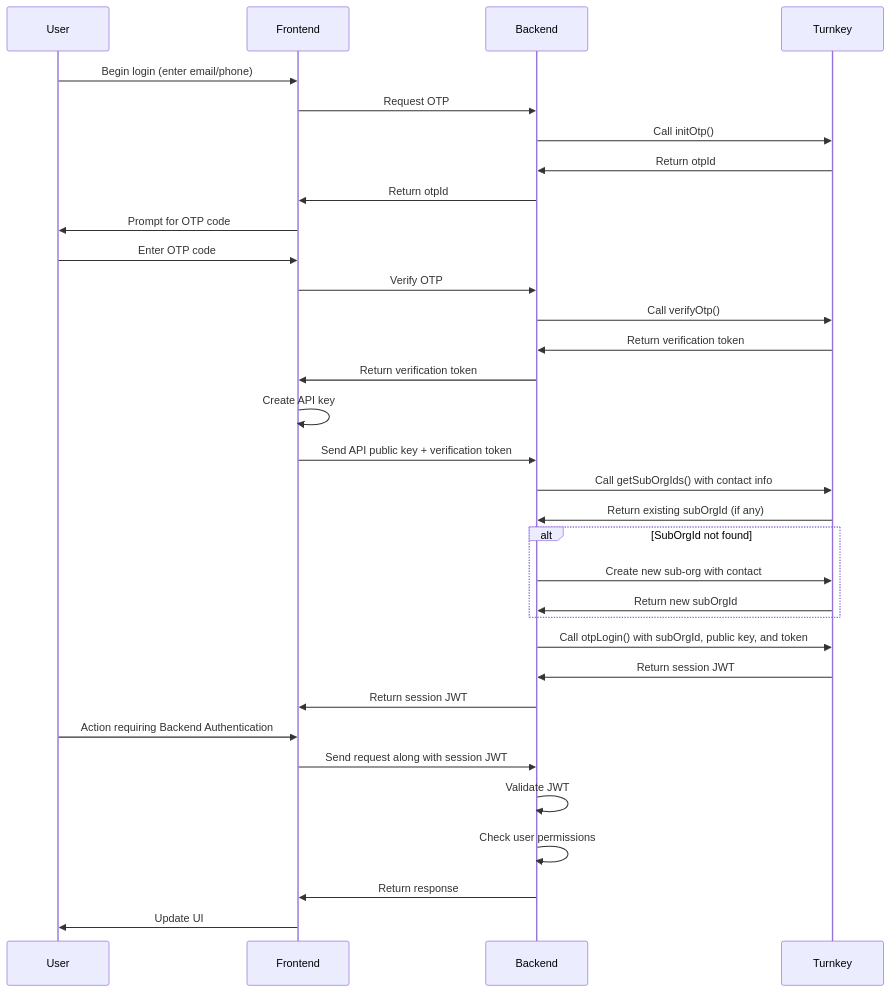
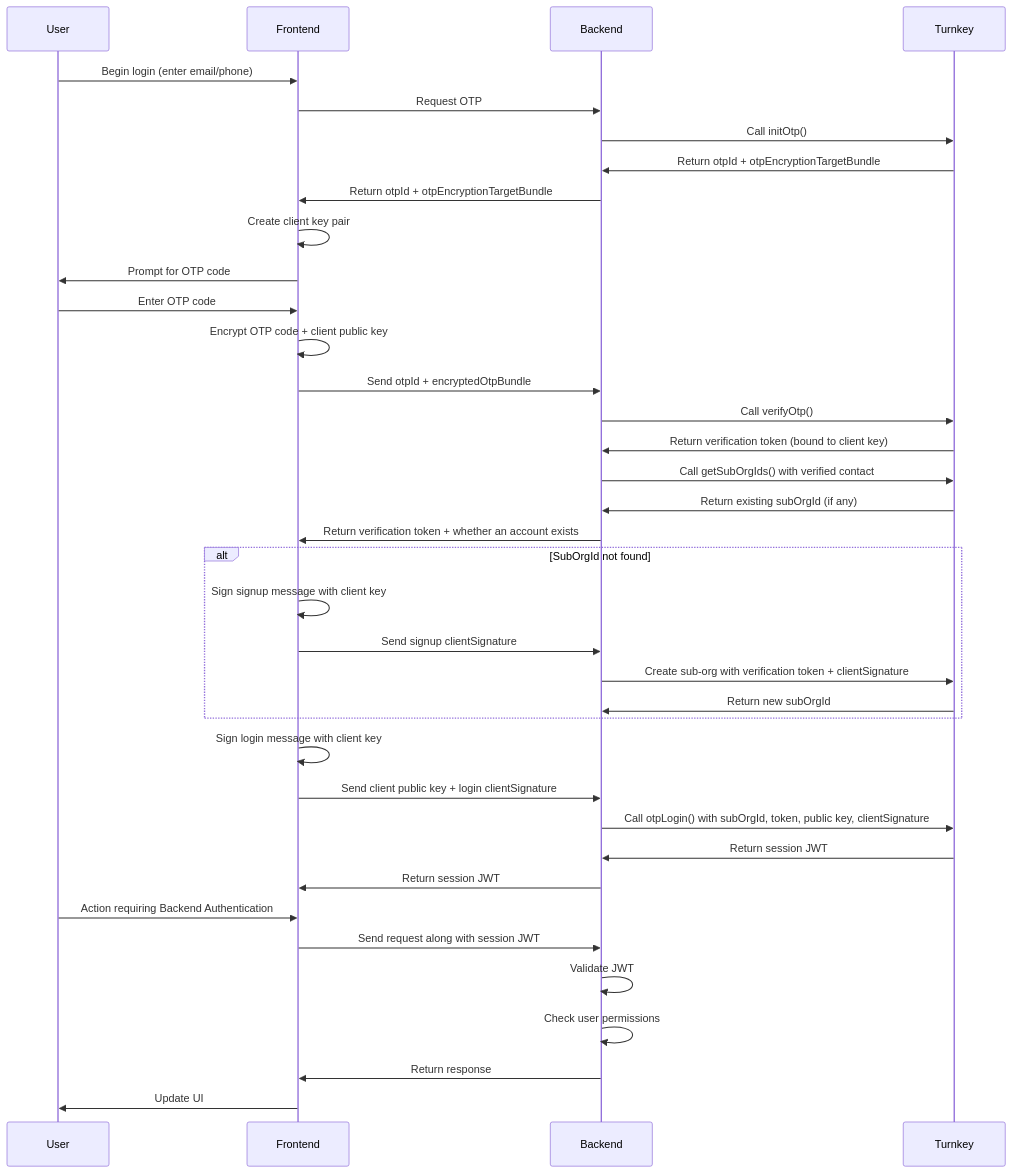
The fourth of 4 diagrams in features/authentication/backend-setup.mdx (tkhq/docs), drawn with Mermaid before and after one commit. The commit also changed other lines of this file and 1 other file, not shown here.

Commit message:
docs: update backend OTP flows to encrypted verification

````diff
--- a/features/authentication/backend-setup.mdx
+++ b/features/authentication/backend-setup.mdx
@@ -157,36 +157,40 @@
 ```mermaid
 sequenceDiagram
     participant User
     participant Frontend
     participant Backend
     participant Turnkey
 
     User->>Frontend: Begin login (enter email/phone)
     Frontend->>Backend: Request OTP
     Backend->>Turnkey: Call initOtp()
-    Turnkey->>Backend: Return otpId
-    Backend->>Frontend: Return otpId
+    Turnkey->>Backend: Return otpId + otpEncryptionTargetBundle
+    Backend->>Frontend: Return otpId + otpEncryptionTargetBundle
+    Frontend->>Frontend: Create client key pair
     Frontend->>User: Prompt for OTP code
     User->>Frontend: Enter OTP code
-    Frontend->>Backend: Verify OTP
+    Frontend->>Frontend: Encrypt OTP code + client public key
+    Frontend->>Backend: Send otpId + encryptedOtpBundle
     Backend->>Turnkey: Call verifyOtp()
-    Turnkey->>Backend: Return verification token
-    Backend->>Frontend: Return verification token
-    Frontend->>Frontend: Create API key
-    Frontend->>Backend: Send API public key + verification token
-    Backend->>Turnkey: Call getSubOrgIds() with contact info
+    Turnkey->>Backend: Return verification token (bound to client key)
+    Backend->>Turnkey: Call getSubOrgIds() with verified contact
     Turnkey->>Backend: Return existing subOrgId (if any)
+    Backend->>Frontend: Return verification token + whether an account exists
     alt SubOrgId not found
-        Backend->>Turnkey: Create new sub-org with contact
+        Frontend->>Frontend: Sign signup message with client key
+        Frontend->>Backend: Send signup clientSignature
+        Backend->>Turnkey: Create sub-org with verification token + clientSignature
         Turnkey->>Backend: Return new subOrgId
     end
-    Backend->>Turnkey: Call otpLogin() with subOrgId, public key, and token
+    Frontend->>Frontend: Sign login message with client key
+    Frontend->>Backend: Send client public key + login clientSignature
+    Backend->>Turnkey: Call otpLogin() with subOrgId, token, public key, clientSignature
     Turnkey->>Backend: Return session JWT
     Backend->>Frontend: Return session JWT
     User->>Frontend: Action requiring Backend Authentication
     Frontend->>Backend: Send request along with session JWT
     Backend->>Backend: Validate JWT
     Backend->>Backend: Check user permissions
     Backend->>Frontend: Return response
     Frontend->>User: Update UI
 ```
````
